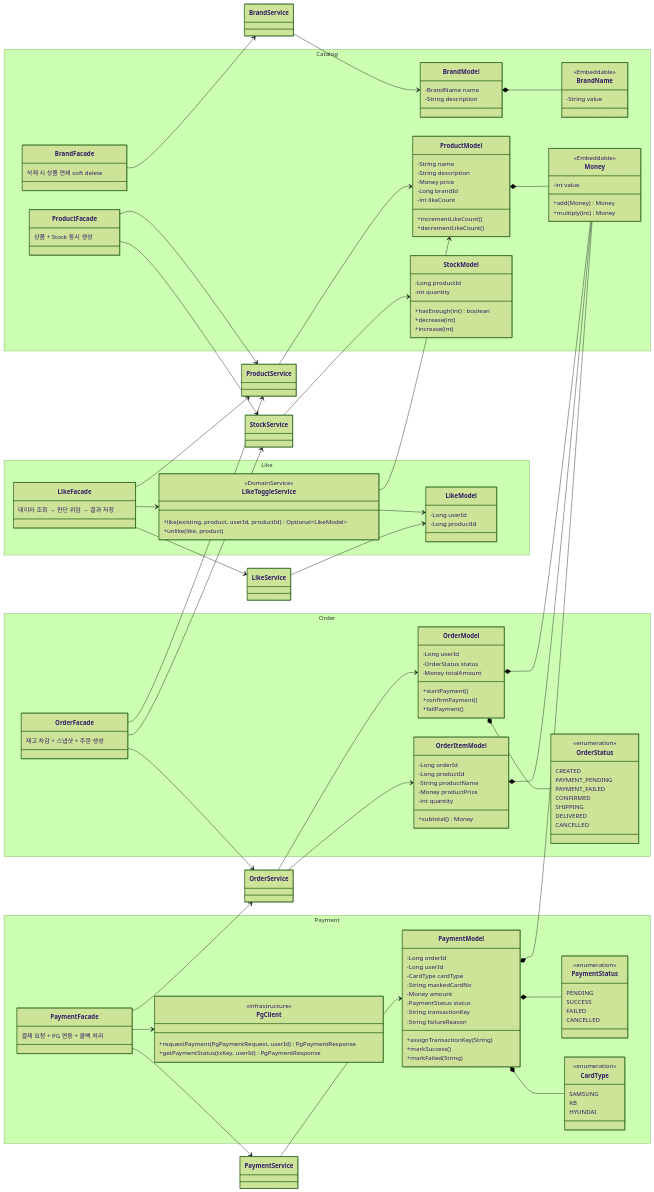
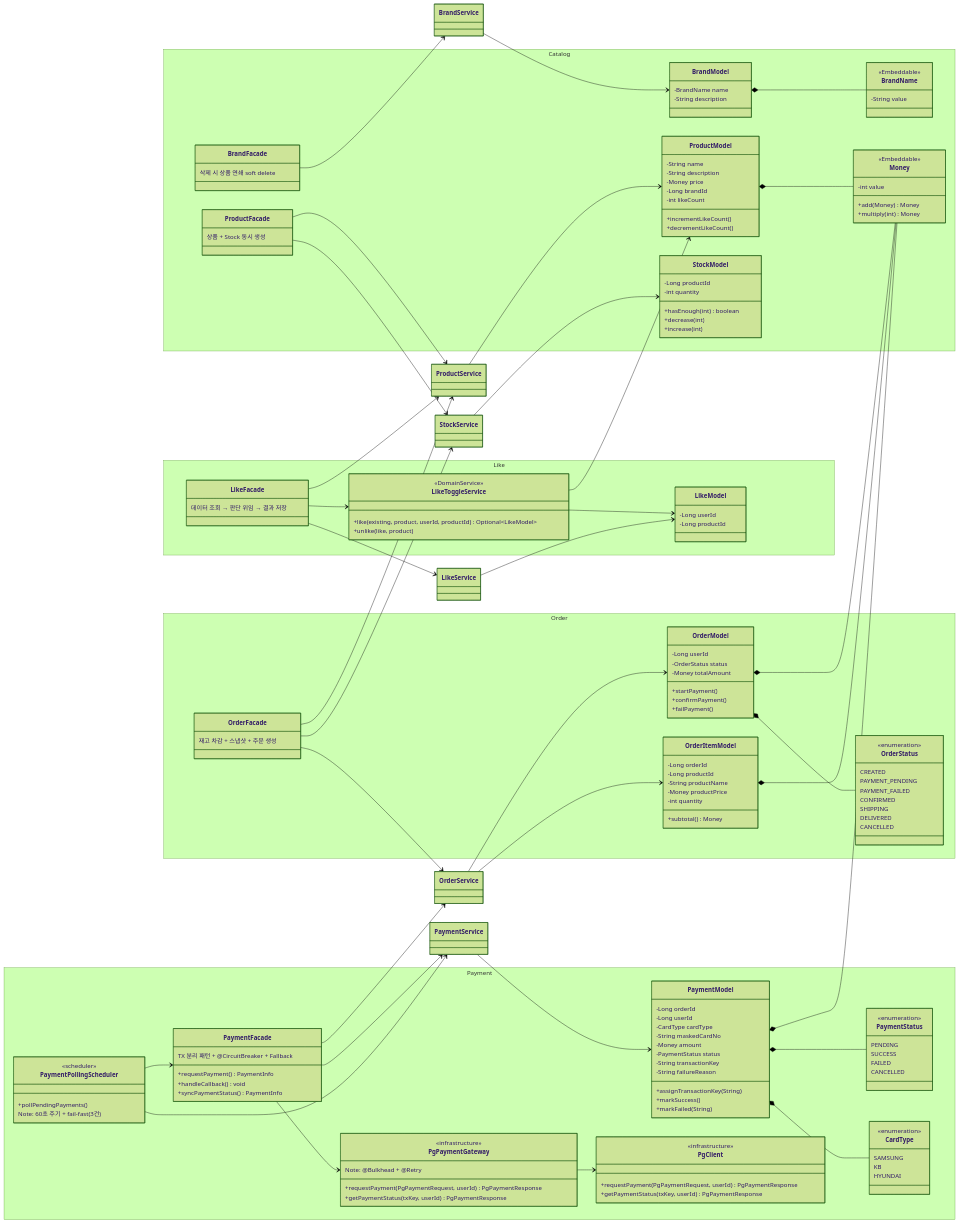
One commit to Praesentia-YKM/loop-pack-be-l2-vol3-java changed the diagram in docs/design/mermaid/04-class-diagram.mmd. Above: the diagram before and after it, drawn with Mermaid (forest theme). The commit also changed 21 other files, not shown here.

```diff
--- a/docs/design/mermaid/04-class-diagram.mmd
+++ b/docs/design/mermaid/04-class-diagram.mmd
@@ -1,156 +1,173 @@
 classDiagram
     direction LR
 
     namespace Catalog {
         class BrandName {
             <<Embeddable>>
             -String value
         }
         class BrandModel {
             -BrandName name
             -String description
         }
         class BrandFacade {
             삭제 시 상품 연쇄 soft delete
         }
         class Money {
             <<Embeddable>>
             -int value
             +add(Money) Money
             +multiply(int) Money
         }
         class ProductModel {
             -String name
             -String description
             -Money price
             -Long brandId
             -int likeCount
             +incrementLikeCount()
             +decrementLikeCount()
         }
         class StockModel {
             -Long productId
             -int quantity
             +hasEnough(int) boolean
             +decrease(int)
             +increase(int)
         }
         class ProductFacade {
             상품 + Stock 동시 생성
         }
     }
 
     namespace Like {
         class LikeModel {
             -Long userId
             -Long productId
         }
         class LikeToggleService {
             <<DomainService>>
             +like(existing, product, userId, productId) Optional~LikeModel~
             +unlike(like, product)
         }
         class LikeFacade {
             데이터 조회 → 판단 위임 → 결과 저장
         }
     }
 
     namespace Order {
         class OrderStatus {
             <<enumeration>>
             CREATED
             PAYMENT_PENDING
             PAYMENT_FAILED
             CONFIRMED
             SHIPPING
             DELIVERED
             CANCELLED
         }
         class OrderModel {
             -Long userId
             -OrderStatus status
             -Money totalAmount
             +startPayment()
             +confirmPayment()
             +failPayment()
         }
         class OrderItemModel {
             -Long orderId
             -Long productId
             -String productName
             -Money productPrice
             -int quantity
             +subtotal() Money
         }
         class OrderFacade {
             재고 차감 + 스냅샷 + 주문 생성
         }
     }
 
     namespace Payment {
         class PaymentStatus {
             <<enumeration>>
             PENDING
             SUCCESS
             FAILED
             CANCELLED
         }
         class CardType {
             <<enumeration>>
             SAMSUNG
             KB
             HYUNDAI
         }
         class PaymentModel {
             -Long orderId
             -Long userId
             -CardType cardType
             -String maskedCardNo
             -Money amount
             -PaymentStatus status
             -String transactionKey
             -String failureReason
             +assignTransactionKey(String)
             +markSuccess()
             +markFailed(String)
         }
         class PgClient {
             <<infrastructure>>
             +requestPayment(PgPaymentRequest, userId) PgPaymentResponse
             +getPaymentStatus(txKey, userId) PgPaymentResponse
         }
+        class PgPaymentGateway {
+            <<infrastructure>>
+            +requestPayment(PgPaymentRequest, userId) PgPaymentResponse
+            +getPaymentStatus(txKey, userId) PgPaymentResponse
+            Note: @Bulkhead + @Retry
+        }
         class PaymentFacade {
-            결제 요청 + PG 연동 + 콜백 처리
+            TX 분리 패턴 + @CircuitBreaker + Fallback
+            +requestPayment() PaymentInfo
+            +handleCallback() void
+            +syncPaymentStatus() PaymentInfo
+        }
+        class PaymentPollingScheduler {
+            <<scheduler>>
+            +pollPendingPayments()
+            Note: 60초 주기 + fail-fast(3건)
         }
     }
 
     BrandModel *-- BrandName
     ProductModel *-- Money
     OrderModel *-- OrderStatus
     OrderModel *-- Money
     OrderItemModel *-- Money
     PaymentModel *-- PaymentStatus
     PaymentModel *-- CardType
     PaymentModel *-- Money
 
     BrandFacade --> BrandService
     BrandService --> BrandModel
     ProductFacade --> ProductService
     ProductFacade --> StockService
     ProductService --> ProductModel
     StockService --> StockModel
     LikeFacade --> LikeService
     LikeFacade --> ProductService
     LikeFacade --> LikeToggleService
     LikeToggleService --> LikeModel
     LikeToggleService --> ProductModel
     LikeService --> LikeModel
     OrderFacade --> OrderService
     OrderFacade --> ProductService
     OrderFacade --> StockService
     OrderService --> OrderModel
     OrderService --> OrderItemModel
     PaymentFacade --> PaymentService
     PaymentFacade --> OrderService
-    PaymentFacade --> PgClient
+    PaymentFacade --> PgPaymentGateway
+    PgPaymentGateway --> PgClient
+    PaymentPollingScheduler --> PaymentService
+    PaymentPollingScheduler --> PaymentFacade
     PaymentService --> PaymentModel
```
